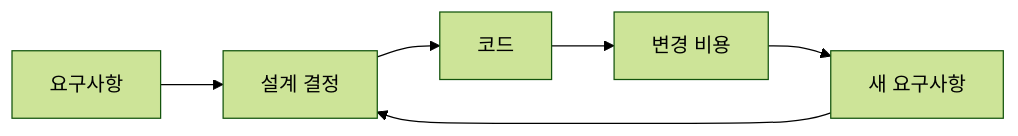
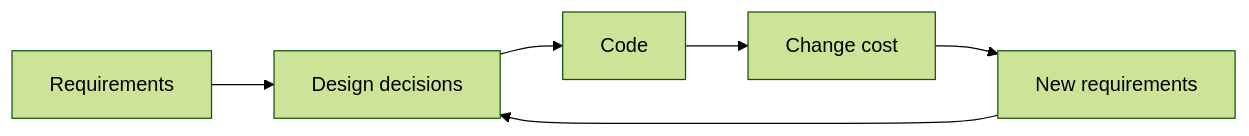
One commit to yeongseon-books/book-content changed the diagram in content/software-design-101/ko/01-what-is-software-design.md. Above: the diagram before and after it, drawn with Mermaid (forest theme). The commit also changed other lines of this file and 9 other files, not shown here.

````diff
--- a/content/software-design-101/ko/01-what-is-software-design.md
+++ b/content/software-design-101/ko/01-what-is-software-design.md
@@ -36,8 +50,8 @@
 ```mermaid
 flowchart LR
-    R["요구사항"] --> D["설계 결정"]
-    D --> C["코드"]
-    C --> M["변경 비용"]
-    M --> R2["새 요구사항"]
+    R["Requirements"] --> D["Design decisions"]
+    D --> C["Code"]
+    C --> M["Change cost"]
+    M --> R2["New requirements"]
     R2 --> D
 ```
````
